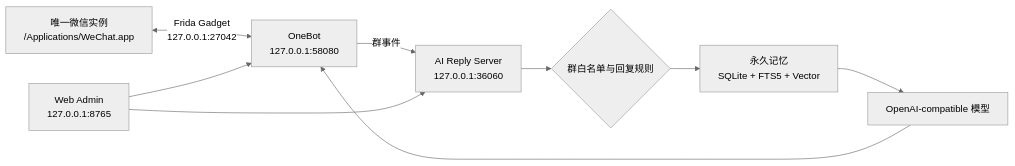
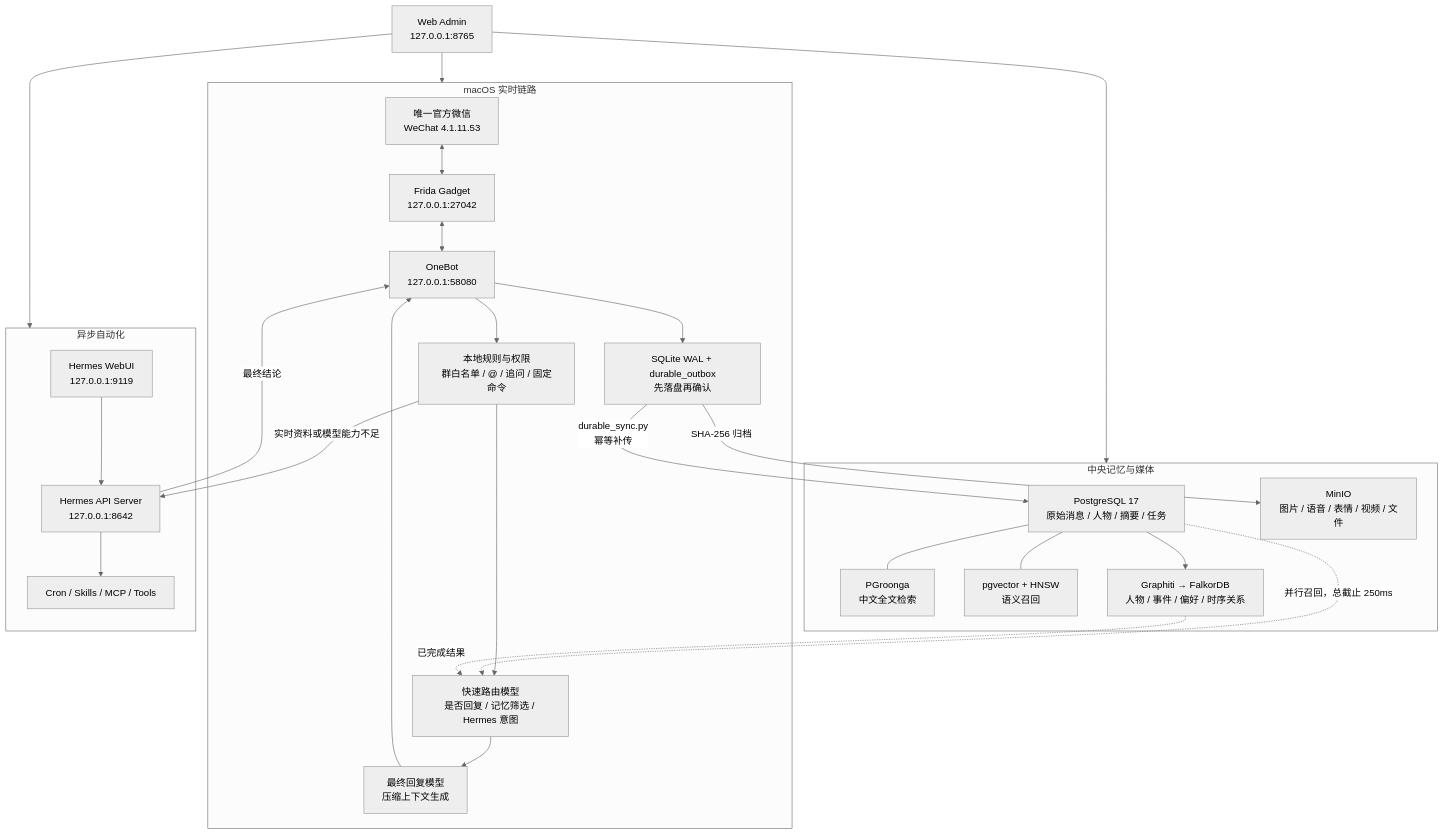
Before and after one commit to xiaoguiwucan/wechat-mac-hook: the diagram in README.md, drawn with Mermaid (neutral theme). The commit also changed other lines of this file, not shown here.

Commit message:
docs: document advanced architecture and operations

````diff
--- a/README.md
+++ b/README.md
@@ -39,11 +94,44 @@
 ```mermaid
-flowchart LR
-    WX["唯一微信实例<br/>/Applications/WeChat.app"] <-->|"Frida Gadget<br/>127.0.0.1:27042"| OB["OneBot<br/>127.0.0.1:58080"]
-    OB -->|"群事件"| AI["AI Reply Server<br/>127.0.0.1:36060"]
-    AI --> ACL{"群白名单与回复规则"}
-    ACL --> MEM["永久记忆<br/>SQLite + FTS5 + Vector"]
-    MEM --> MODEL["OpenAI-compatible 模型"]
-    MODEL --> OB
-    WEB["Web Admin<br/>127.0.0.1:8765"] --> AI
-    WEB --> OB
+flowchart TB
+    subgraph MAC["macOS 实时链路"]
+        WX["唯一官方微信<br/>WeChat 4.1.11.53"]
+        FG["Frida Gadget<br/>127.0.0.1:27042"]
+        OB["OneBot<br/>127.0.0.1:58080"]
+        RULE["本地规则与权限<br/>群白名单 / @ / 追问 / 固定命令"]
+        ROUTER["快速路由模型<br/>是否回复 / 记忆筛选 / Hermes 意图"]
+        REPLY["最终回复模型<br/>压缩上下文生成"]
+        BUF["SQLite WAL + durable_outbox<br/>先落盘再确认"]
+        WX <--> FG <--> OB
+        OB --> RULE --> ROUTER --> REPLY --> OB
+        OB --> BUF
+    end
+
+    subgraph MEMORY["中央记忆与媒体"]
+        PG["PostgreSQL 17<br/>原始消息 / 人物 / 摘要 / 任务"]
+        GROONGA["PGroonga<br/>中文全文检索"]
+        VECTOR["pgvector + HNSW<br/>语义召回"]
+        MINIO["MinIO<br/>图片 / 语音 / 表情 / 视频 / 文件"]
+        GRAPH["Graphiti → FalkorDB<br/>人物 / 事件 / 偏好 / 时序关系"]
+        PG --- GROONGA
+        PG --- VECTOR
+        PG --> GRAPH
+    end
+
+    subgraph AUTO["异步自动化"]
+        HAPI["Hermes API Server<br/>127.0.0.1:8642"]
+        HUI["Hermes WebUI<br/>127.0.0.1:9119"]
+        CRON["Cron / Skills / MCP / Tools"]
+        HUI --> HAPI --> CRON
+    end
+
+    WEB["Web Admin<br/>127.0.0.1:8765"]
+    BUF -->|"durable_sync.py<br/>幂等补传"| PG
+    BUF -->|"SHA-256 归档"| MINIO
+    PG -. "并行召回，总截止 250ms" .-> ROUTER
+    GRAPH -. "已完成结果" .-> ROUTER
+    RULE -->|"实时资料或模型能力不足"| HAPI
+    HAPI -->|"最终结论"| OB
+    WEB --> MAC
+    WEB --> MEMORY
+    WEB --> AUTO
 ```
````
